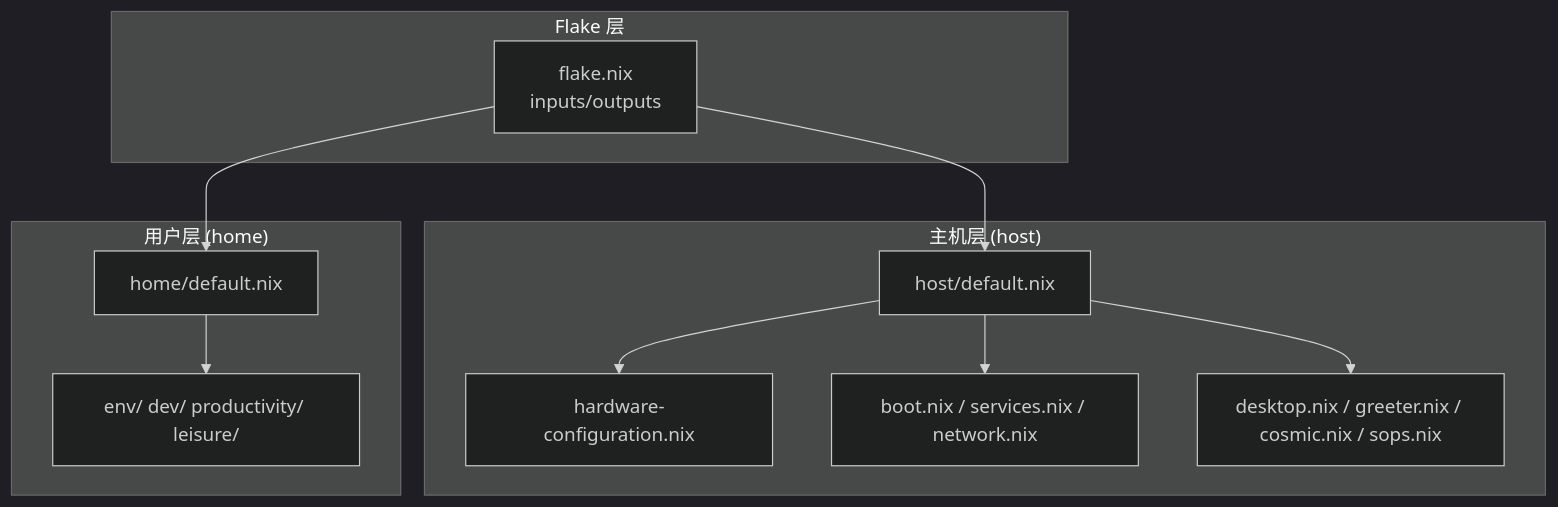
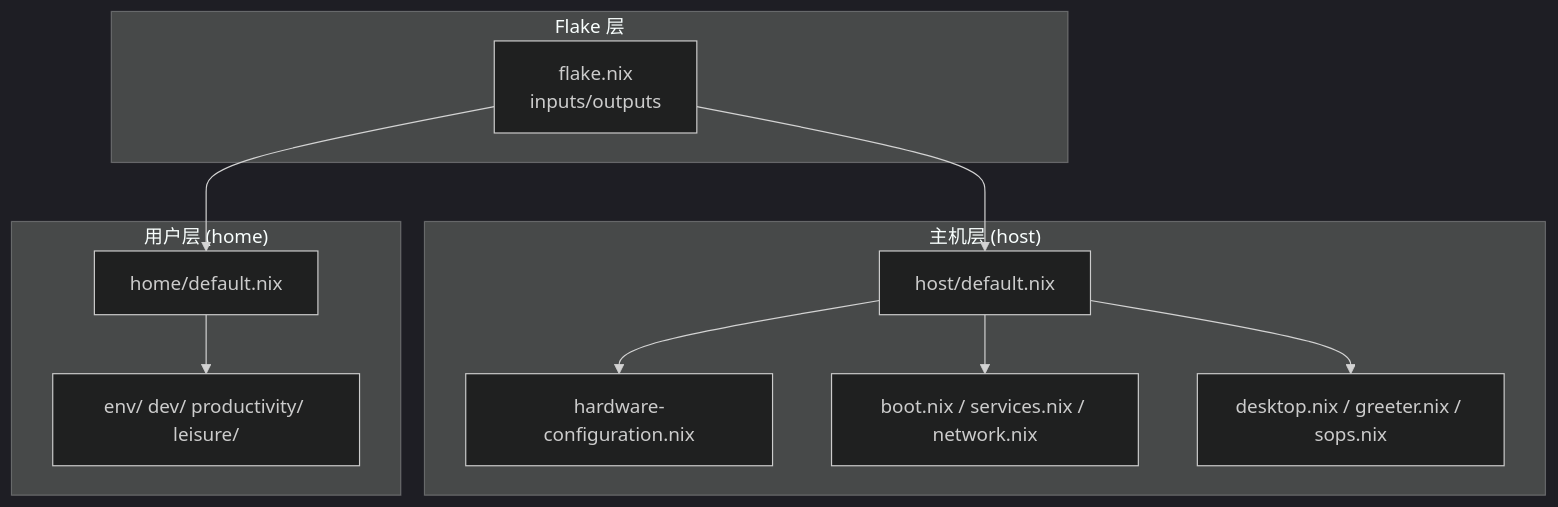
The first of 3 diagrams in wiki/architecture/index.md (Shangshui0302/myNixOSConfig), drawn with Mermaid (dark theme) before and after one commit. The commit also changed 8 other files, not shown here.

First line of the commit message:
chore(cosmic): remove COSMIC desktop environment

````diff
--- a/wiki/architecture/index.md
+++ b/wiki/architecture/index.md
@@ -33,22 +33,22 @@
 ```mermaid
 graph TB
 subgraph "Flake 层"
 F["flake.nix<br/>inputs/outputs"]
 end
 subgraph "主机层 (host)"
 H1["host/default.nix"]
 H2["hardware-configuration.nix"]
 H3["boot.nix / services.nix / network.nix"]
-H4["desktop.nix / greeter.nix / cosmic.nix / sops.nix"]
+H4["desktop.nix / greeter.nix / sops.nix"]
 end
 subgraph "用户层 (home)"
 U1["home/default.nix"]
 U2["env/ dev/ productivity/ leisure/"]
 end
 F --> H1
 H1 --> H2
 H1 --> H3
 H1 --> H4
 F --> U1
 U1 --> U2
 ```
````
